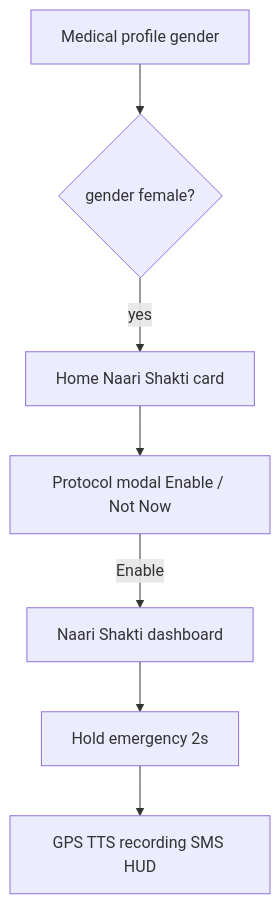
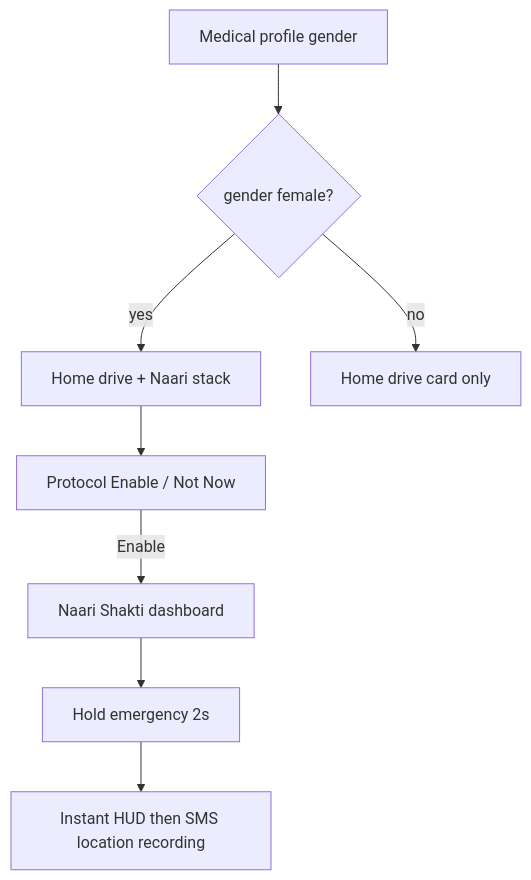
The third of 4 diagrams in README.md (Stormynubee/novadrive), drawn with Mermaid before and after one commit. The commit also changed other lines of this file and 6 other files, not shown here.

Commit message:
docs: refresh README and hackathon docs for Naari Shakti

````diff
--- a/README.md
+++ b/README.md
@@ -61,9 +74,10 @@
 ```mermaid
 flowchart TD
   Onboard[Medical profile gender] --> Eligible{gender female?}
-  Eligible -->|yes| Card[Home Naari Shakti card]
-  Card --> Modal[Protocol modal Enable / Not Now]
+  Eligible -->|yes| Stack[Home drive + Naari stack]
+  Eligible -->|no| DriveOnly[Home drive card only]
+  Stack --> Modal[Protocol Enable / Not Now]
   Modal -->|Enable| Portal[Naari Shakti dashboard]
   Portal --> Hold[Hold emergency 2s]
-  Hold --> Distress[GPS TTS recording SMS HUD]
+  Hold --> Distress[Instant HUD then SMS location recording]
 ```
````
